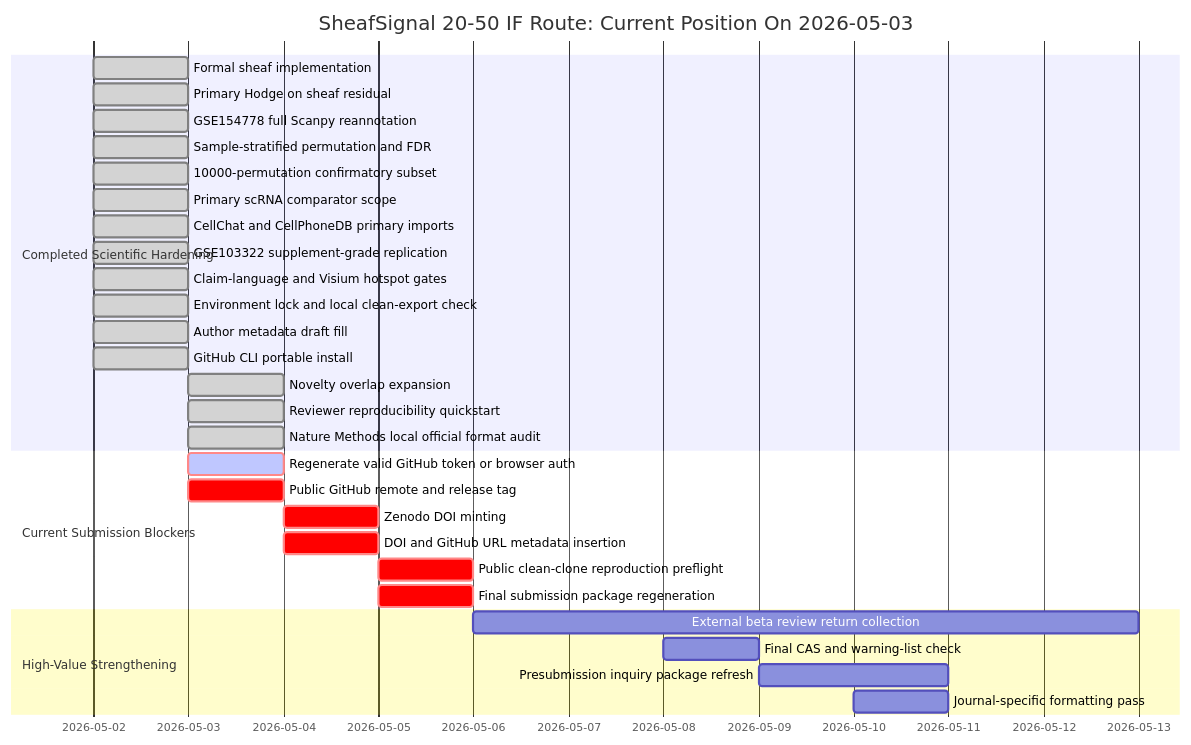
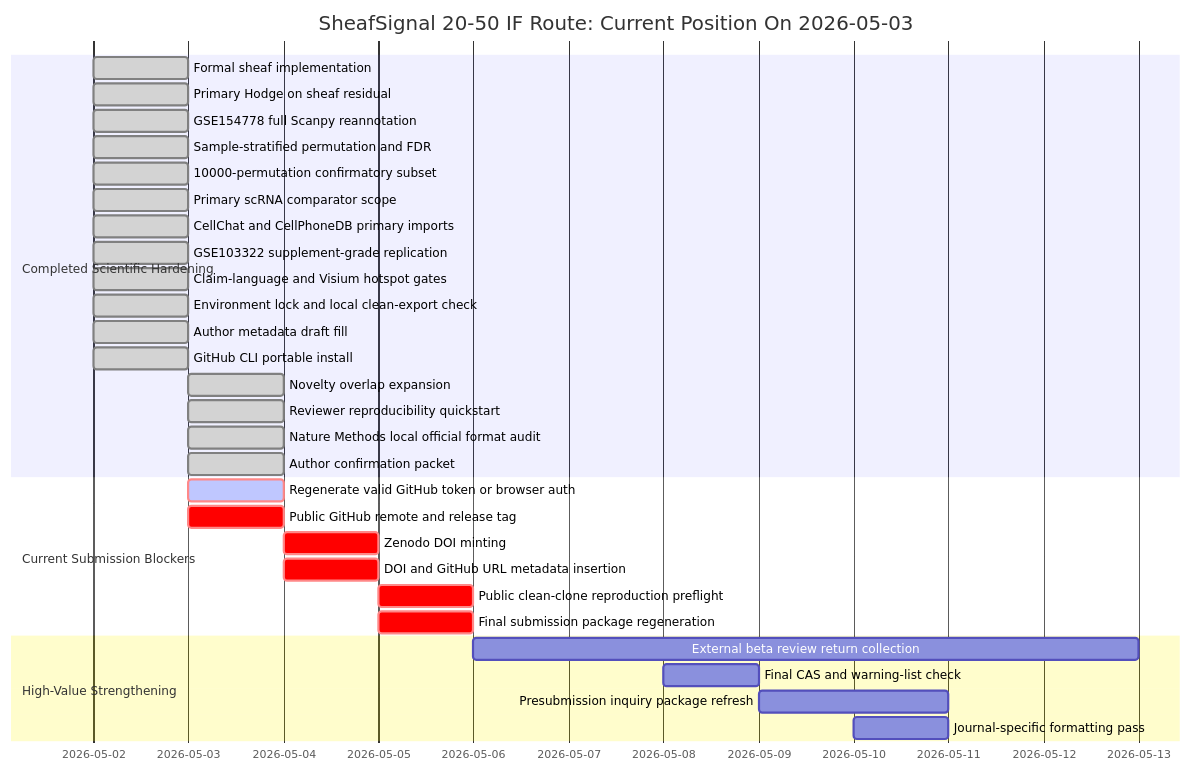
Before and after one commit to healthgreat/SheafSignal: the diagram in manuscript/SHEAFSIGNAL_STATUS_DASHBOARD_2026-05-03.md, drawn with Mermaid. The commit also changed other lines of this file and 3 other files, not shown here.

Commit message:
Add author confirmation packet

````diff
--- a/manuscript/SHEAFSIGNAL_STATUS_DASHBOARD_2026-05-03.md
+++ b/manuscript/SHEAFSIGNAL_STATUS_DASHBOARD_2026-05-03.md
@@ -91,36 +94,37 @@
 ```mermaid
 gantt
     title SheafSignal 20-50 IF Route: Current Position On 2026-05-03
     dateFormat  YYYY-MM-DD
 
     section Completed Scientific Hardening
     Formal sheaf implementation                    :done, 2026-05-02, 1d
     Primary Hodge on sheaf residual                :done, 2026-05-02, 1d
     GSE154778 full Scanpy reannotation             :done, 2026-05-02, 1d
     Sample-stratified permutation and FDR          :done, 2026-05-02, 1d
     10000-permutation confirmatory subset          :done, 2026-05-02, 1d
     Primary scRNA comparator scope                 :done, 2026-05-02, 1d
     CellChat and CellPhoneDB primary imports       :done, 2026-05-02, 1d
     GSE103322 supplement-grade replication         :done, 2026-05-02, 1d
     Claim-language and Visium hotspot gates        :done, 2026-05-02, 1d
     Environment lock and local clean-export check  :done, 2026-05-02, 1d
     Author metadata draft fill                     :done, 2026-05-02, 1d
     GitHub CLI portable install                    :done, 2026-05-02, 1d
     Novelty overlap expansion                      :done, 2026-05-03, 1d
     Reviewer reproducibility quickstart            :done, 2026-05-03, 1d
     Nature Methods local official format audit     :done, 2026-05-03, 1d
+    Author confirmation packet                     :done, 2026-05-03, 1d
 
     section Current Submission Blockers
     Regenerate valid GitHub token or browser auth  :crit, active, 2026-05-03, 1d
     Public GitHub remote and release tag           :crit, 2026-05-03, 1d
     Zenodo DOI minting                             :crit, 2026-05-04, 1d
     DOI and GitHub URL metadata insertion          :crit, 2026-05-04, 1d
     Public clean-clone reproduction preflight      :crit, 2026-05-05, 1d
     Final submission package regeneration          :crit, 2026-05-05, 1d
 
     section High-Value Strengthening
     External beta review return collection         :2026-05-06, 7d
     Final CAS and warning-list check               :2026-05-08, 1d
     Presubmission inquiry package refresh          :2026-05-09, 2d
     Journal-specific formatting pass               :2026-05-10, 1d
 ```
````
